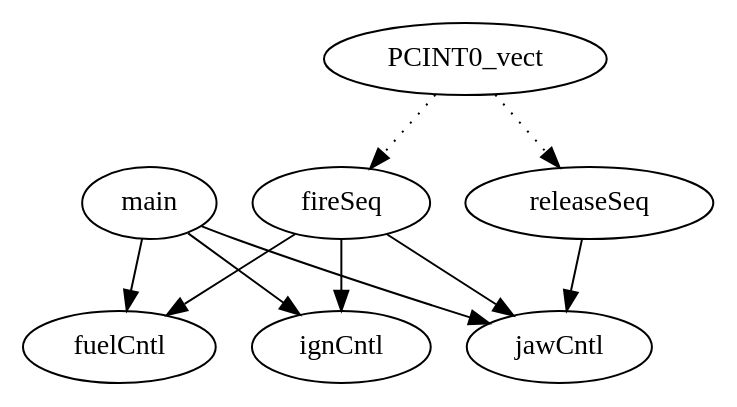
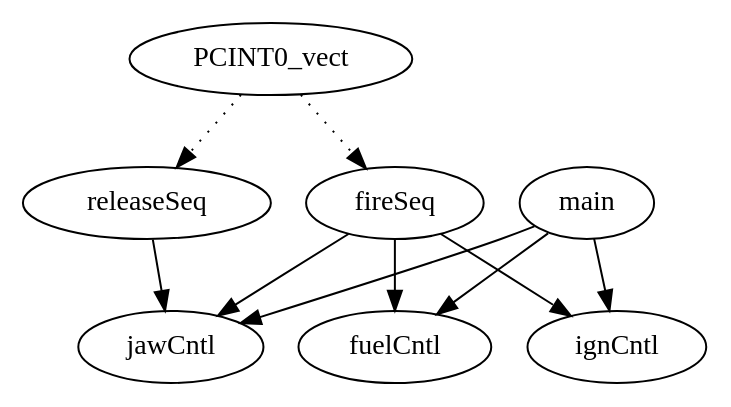
One commit to bjornburton/ChampBot2016 changed the diagram in Firmware/jawAndFireControl/jafco.dot. Above: the diagram before and after it, drawn with Graphviz. The commit also changed other lines of this file and 12 other files, not shown here.

Commit message:
A few corrections. Jaw falls to 80% while fuel stays at 100

```diff
--- a/Firmware/jawAndFireControl/jafco.dot
+++ b/Firmware/jawAndFireControl/jafco.dot
@@ -1,11 +1,11 @@
 digraph callgraph {
-"fireSeq" -> "ignCntl" [style=solid];
-"fireSeq" -> "fuelCntl" [style=solid];
-"fireSeq" -> "jawCntl" [style=solid];
+"releaseSeq" -> "jawCntl" [style=solid];
+"main" -> "ignCntl" [style=solid];
+"main" -> "jawCntl" [style=solid];
+"main" -> "fuelCntl" [style=solid];
 "PCINT0_vect" -> "fireSeq" [style=dotted];
 "PCINT0_vect" -> "releaseSeq" [style=dotted];
-"main" -> "fuelCntl" [style=solid];
-"main" -> "ignCntl" [style=solid];
-"main" -> "jawCntl" [style=solid];
-"releaseSeq" -> "jawCntl" [style=solid];
+"fireSeq" -> "ignCntl" [style=solid];
+"fireSeq" -> "jawCntl" [style=solid];
+"fireSeq" -> "fuelCntl" [style=solid];
 }
```
